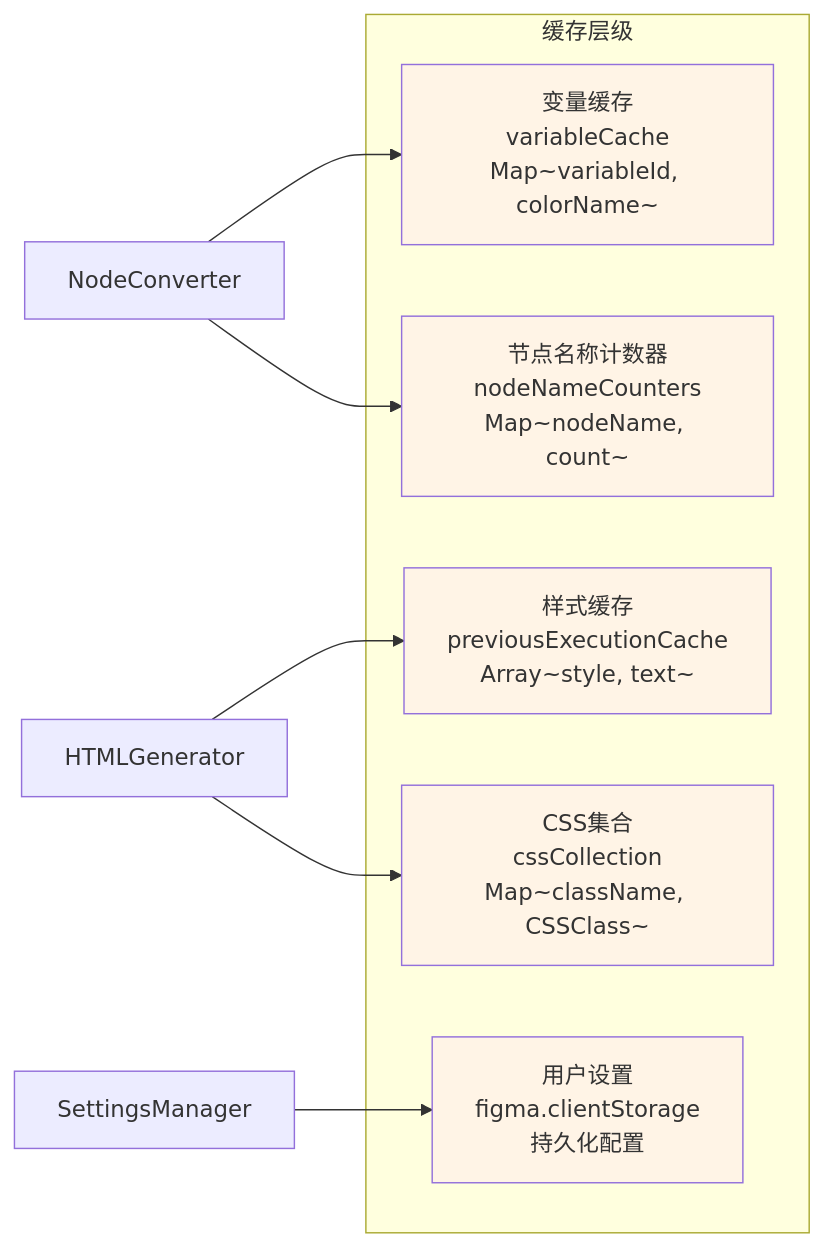
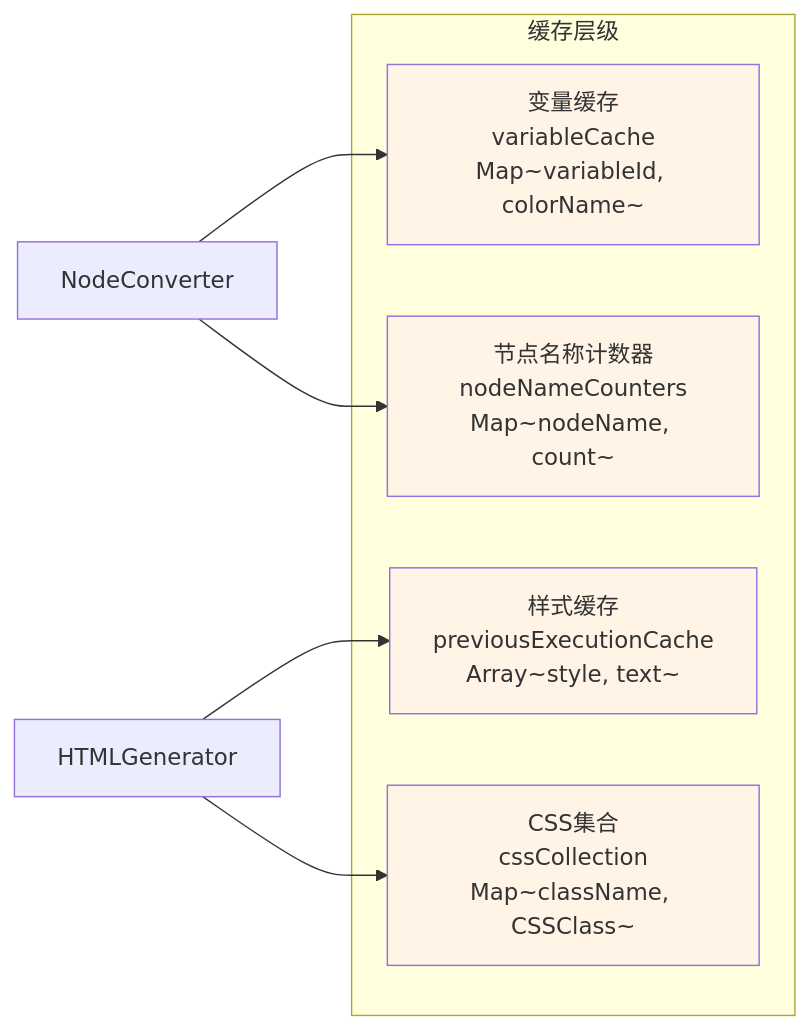
One commit to ziqingchuan/figma2code-plugin changed the tenth of 21 diagrams in 文档/架构图与类图.md. Above: the diagram before and after it, drawn with Mermaid. The commit also changed other lines of this file and 7 other files, not shown here.

````diff
--- a/文档/架构图与类图.md
+++ b/文档/架构图与类图.md
@@ -475,22 +466,19 @@
 ```mermaid
 graph LR
     subgraph "缓存层级"
         C1[变量缓存<br/>variableCache<br/>Map~variableId, colorName~]
         C2[节点名称计数器<br/>nodeNameCounters<br/>Map~nodeName, count~]
         C3[样式缓存<br/>previousExecutionCache<br/>Array~style, text~]
         C4[CSS集合<br/>cssCollection<br/>Map~className, CSSClass~]
-        C5[用户设置<br/>figma.clientStorage<br/>持久化配置]
     end
     
     NodeConverter --> C1
     NodeConverter --> C2
     HTMLGenerator --> C3
     HTMLGenerator --> C4
-    SettingsManager --> C5
     
     style C1 fill:#fff4e6
     style C2 fill:#fff4e6
     style C3 fill:#fff4e6
     style C4 fill:#fff4e6
-    style C5 fill:#fff4e6
 ```
````
